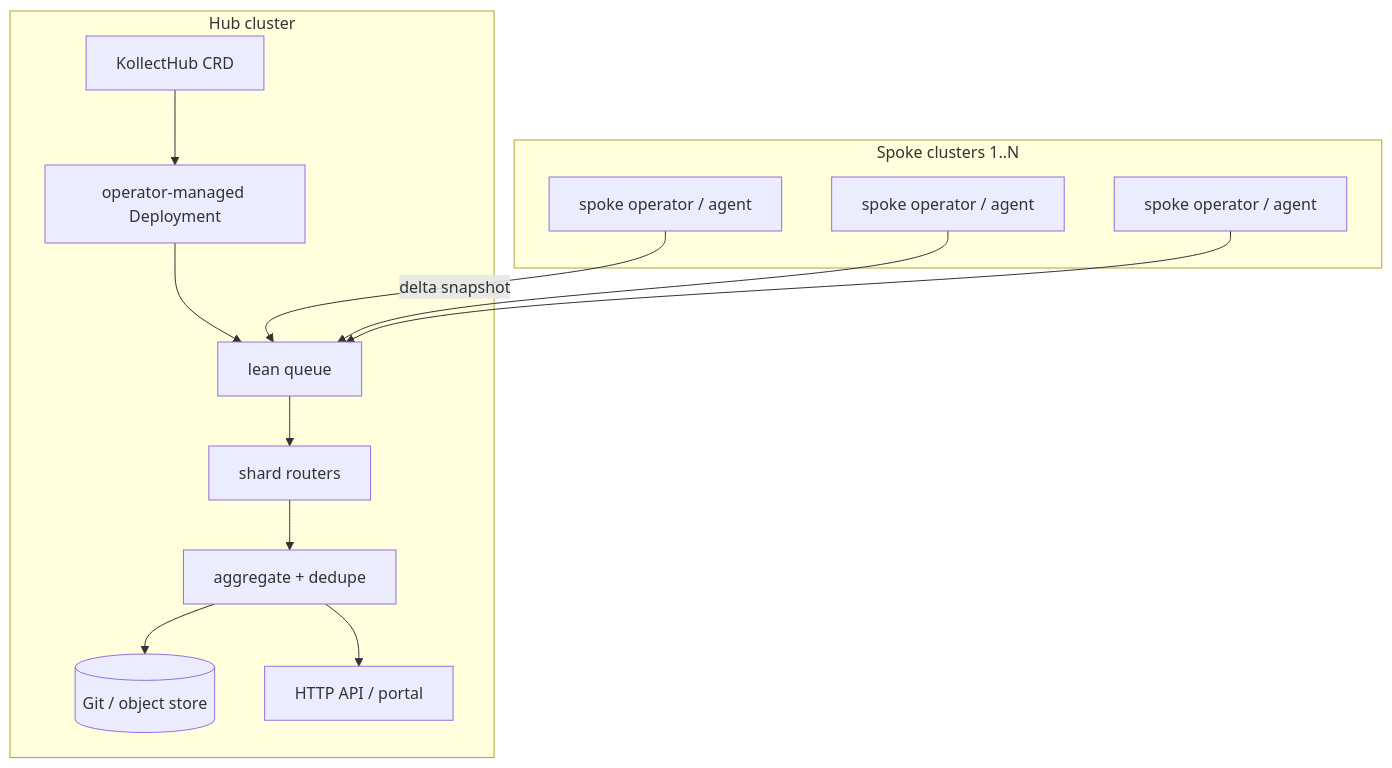
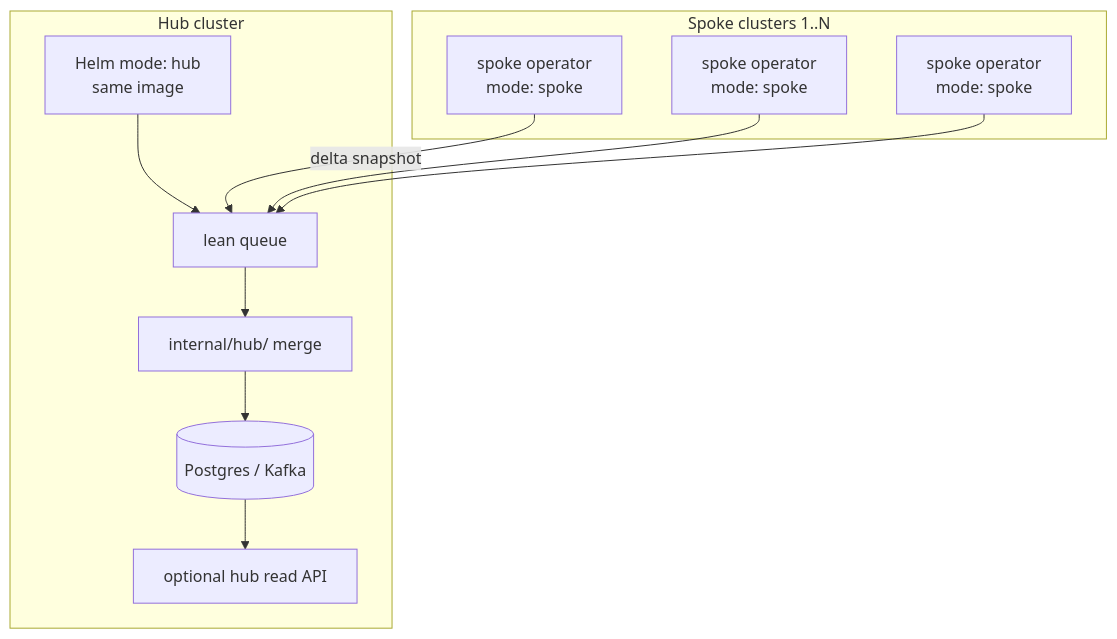
Before and after one commit to PlatformRelay/Kollect: the second of 3 diagrams in docs/adr/0022-multi-cluster-sync-rfc.md, drawn with Mermaid. The commit also changed other lines of this file and 14 other files, not shown here.

First line of the commit message:
:page_facing_up: docs: platform architecture pivot ADR-0032

````diff
--- a/docs/adr/0022-multi-cluster-sync-rfc.md
+++ b/docs/adr/0022-multi-cluster-sync-rfc.md
@@ -60,24 +60,22 @@
 ```mermaid
 flowchart TB
   subgraph spokes [Spoke clusters 1..N]
-    A1[spoke operator / agent]
-    A2[spoke operator / agent]
-    AN[spoke operator / agent]
+    A1["spoke operator<br/>mode: spoke"]
+    A2["spoke operator<br/>mode: spoke"]
+    AN["spoke operator<br/>mode: spoke"]
   end
   subgraph hubCluster [Hub cluster]
-    HubCRD["KollectHub CRD"]
-    Dep[operator-managed Deployment]
+    Helm["Helm mode: hub<br/>same image"]
     Q[lean queue]
-    Shard[shard routers]
-    Agg[aggregate + dedupe]
-    HubCRD --> Dep
-    Dep --> Q
-    Q --> Shard
-    Shard --> Agg
-    Agg --> Git[(Git / object store)]
-    Agg --> Portal[HTTP API / portal]
+    Merge["internal/hub/ merge"]
+    DB[(Postgres / Kafka)]
+    Portal[optional hub read API]
+    Helm --> Q
+    Q --> Merge
+    Merge --> DB
+    DB --> Portal
   end
   A1 -->|delta snapshot| Q
   A2 --> Q
   AN --> Q
 ```
````
